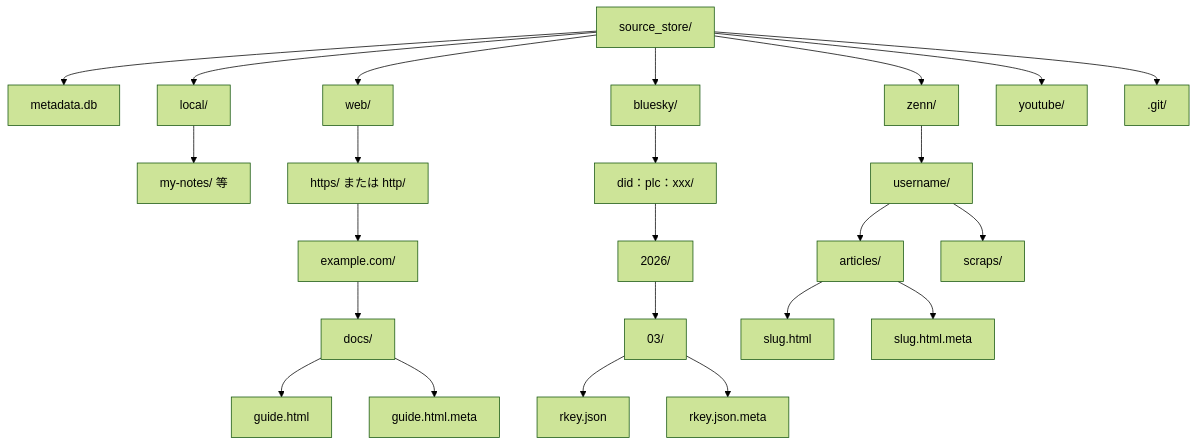
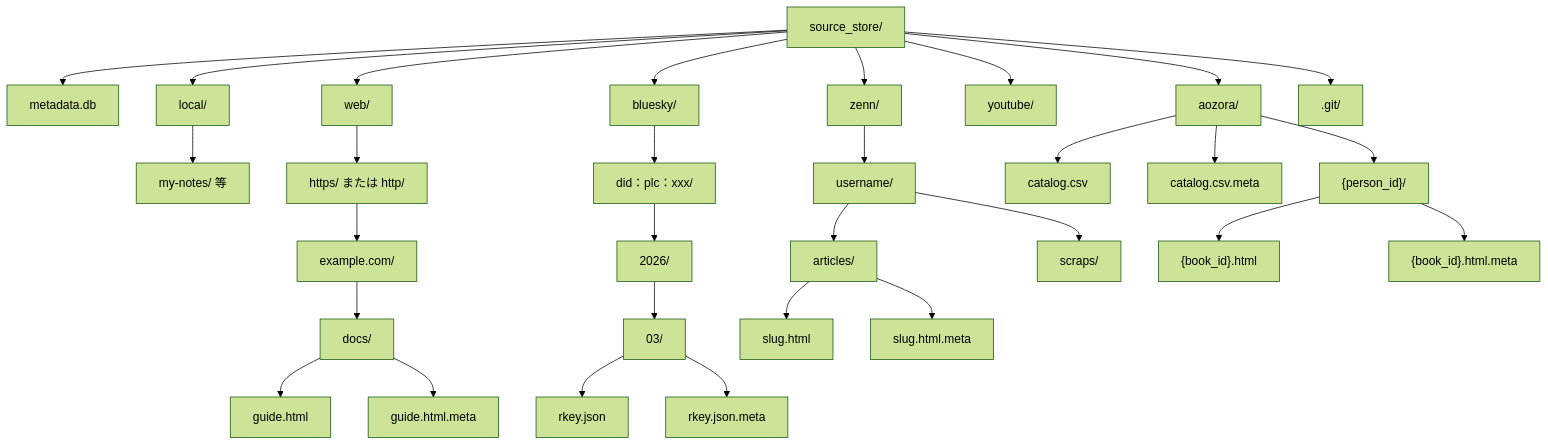
Before and after one commit to becky3/rag-knowledge: the diagram in docs/specs/source-store.md, drawn with Mermaid (forest theme). The commit also changed other lines of this file and 21 other files, not shown here.

````diff
--- a/docs/specs/source-store.md
+++ b/docs/specs/source-store.md
@@ -110,28 +110,34 @@
 ```mermaid
 flowchart TD
     SS["source_store/"]
     SS --> META_DB["metadata.db"]
     SS --> LOCAL["local/"]
     SS --> WEB["web/"]
     SS --> BS["bluesky/"]
     SS --> ZENN["zenn/"]
     SS --> YT["youtube/"]
+    SS --> AZ["aozora/"]
     SS --> DOT_GIT[".git/"]
 
     LOCAL --> L_USER["my-notes/ 等"]
     WEB --> W_PROTO["https/ または http/"]
     W_PROTO --> W_DOMAIN["example.com/"]
     W_DOMAIN --> W_PATH["docs/"]
     W_PATH --> W_FILE["guide.html"]
     W_PATH --> W_META["guide.html.meta"]
     BS --> BS_DID["did：plc：xxx/"]
     BS_DID --> BS_YEAR["2026/"]
     BS_YEAR --> BS_MONTH["03/"]
     BS_MONTH --> BS_POST["rkey.json"]
     BS_MONTH --> BS_POST_META["rkey.json.meta"]
     ZENN --> Z_USER["username/"]
     Z_USER --> Z_ART["articles/"]
     Z_USER --> Z_SCR["scraps/"]
     Z_ART --> Z_SLUG["slug.html"]
     Z_ART --> Z_SLUG_META["slug.html.meta"]
+    AZ --> AZ_CAT["catalog.csv"]
+    AZ --> AZ_CAT_META["catalog.csv.meta"]
+    AZ --> AZ_PERSON["{person_id}/"]
+    AZ_PERSON --> AZ_BOOK["{book_id}.html"]
+    AZ_PERSON --> AZ_BOOK_META["{book_id}.html.meta"]
 ```
````
